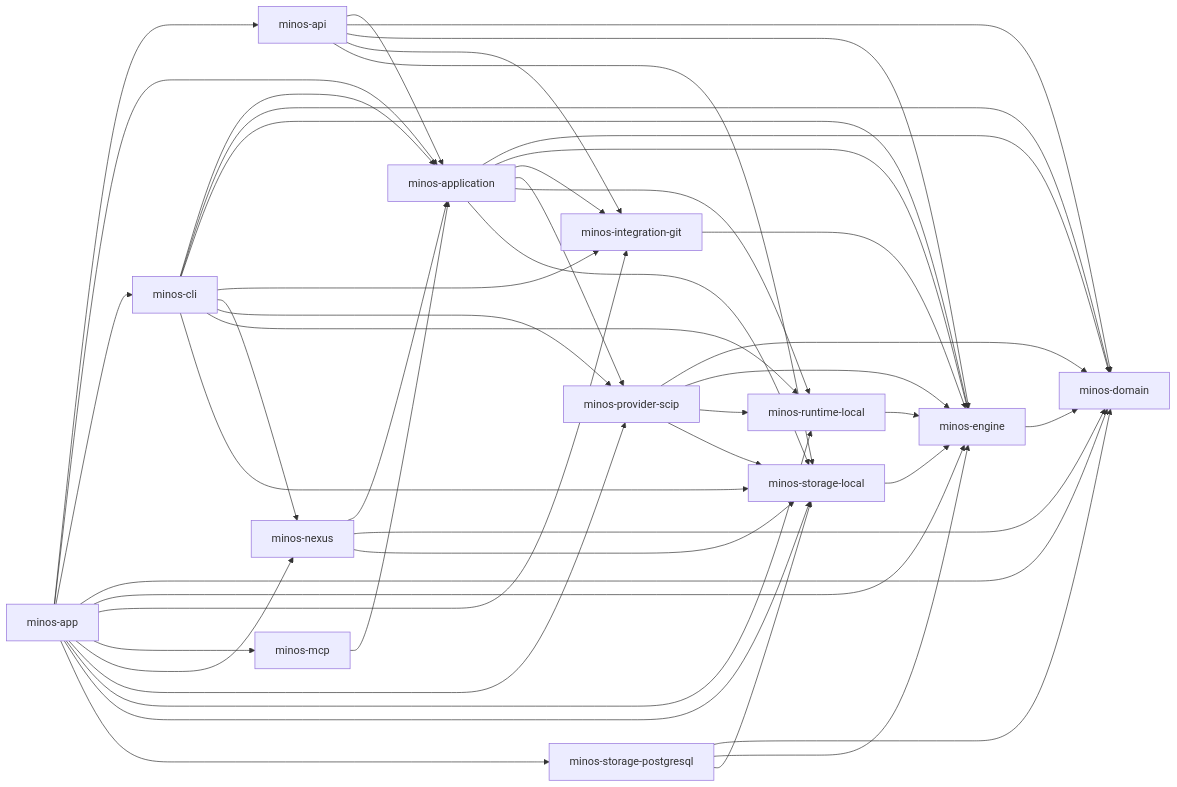
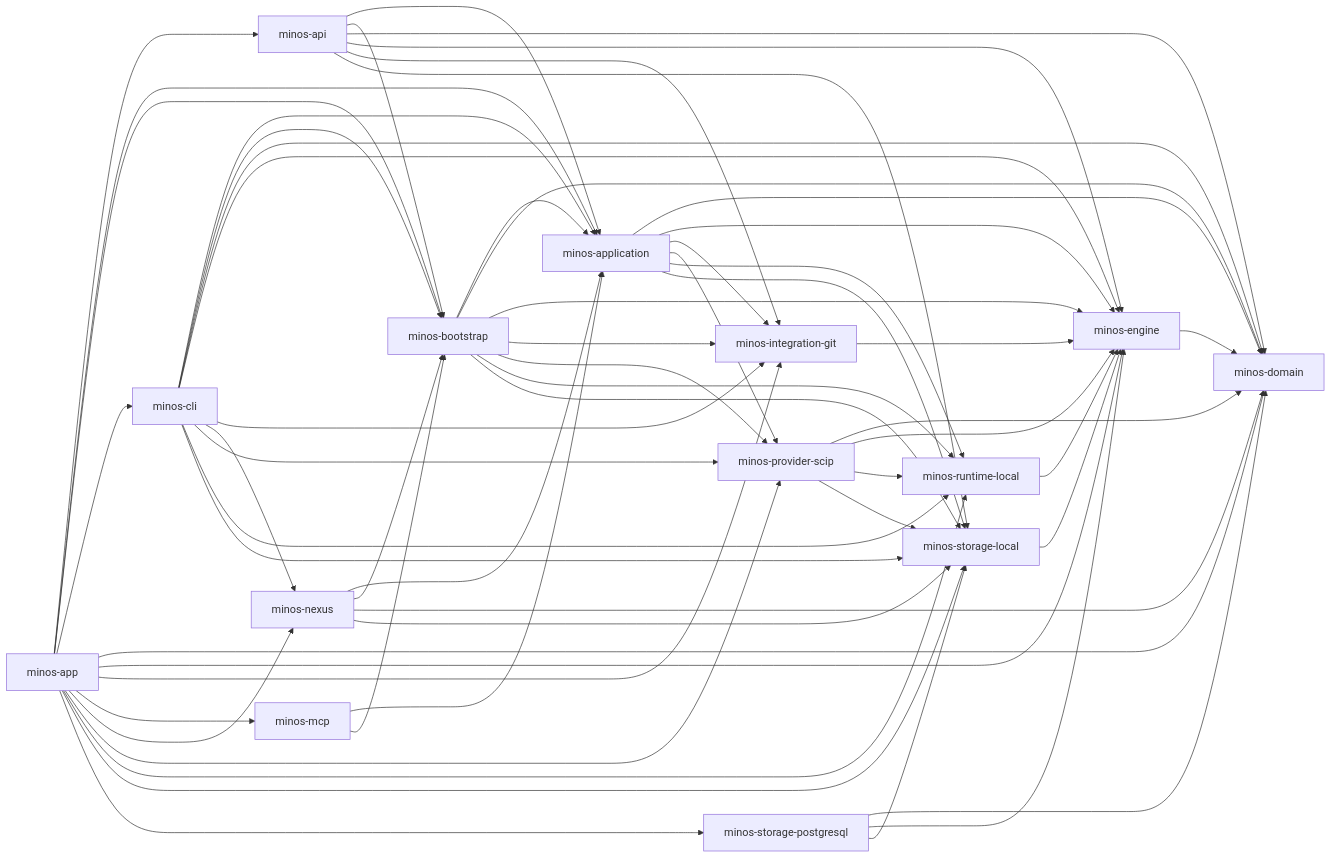
One commit to FTurleque/minos-code-intelligence changed the diagram in docs/architecture/diagrams/module-dependencies.md. Above: the diagram before and after it, drawn with Mermaid. The commit also changed other lines of this file and 28 other files, not shown here.

First line of the commit message:
build(bootstrap): A2 — module minos-bootstrap, racine de composition découverte par ServiceLoader (ADR 0042, option c)

````diff
--- a/docs/architecture/diagrams/module-dependencies.md
+++ b/docs/architecture/diagrams/module-dependencies.md
@@ -8,62 +8,75 @@
 ```mermaid
 flowchart LR
     minos_domain["minos-domain"]
     minos_engine["minos-engine"]
     minos_runtime_local["minos-runtime-local"]
     minos_storage_local["minos-storage-local"]
     minos_storage_postgresql["minos-storage-postgresql"]
     minos_provider_scip["minos-provider-scip"]
     minos_integration_git["minos-integration-git"]
     minos_application["minos-application"]
+    minos_bootstrap["minos-bootstrap"]
     minos_nexus["minos-nexus"]
     minos_cli["minos-cli"]
     minos_api["minos-api"]
     minos_mcp["minos-mcp"]
     minos_app["minos-app"]
     minos_engine --> minos_domain
     minos_runtime_local --> minos_engine
     minos_storage_local --> minos_engine
     minos_storage_postgresql --> minos_domain
     minos_storage_postgresql --> minos_engine
     minos_storage_postgresql --> minos_storage_local
     minos_provider_scip --> minos_domain
     minos_provider_scip --> minos_engine
     minos_provider_scip --> minos_runtime_local
     minos_provider_scip --> minos_storage_local
     minos_integration_git --> minos_engine
     minos_application --> minos_domain
     minos_application --> minos_engine
     minos_application --> minos_integration_git
     minos_application --> minos_provider_scip
     minos_application --> minos_runtime_local
     minos_application --> minos_storage_local
+    minos_bootstrap --> minos_application
+    minos_bootstrap --> minos_domain
+    minos_bootstrap --> minos_engine
+    minos_bootstrap --> minos_integration_git
+    minos_bootstrap --> minos_provider_scip
+    minos_bootstrap --> minos_runtime_local
+    minos_bootstrap --> minos_storage_local
     minos_nexus --> minos_application
+    minos_nexus --> minos_bootstrap
     minos_nexus --> minos_domain
     minos_nexus --> minos_storage_local
     minos_cli --> minos_application
+    minos_cli --> minos_bootstrap
     minos_cli --> minos_domain
     minos_cli --> minos_engine
     minos_cli --> minos_integration_git
     minos_cli --> minos_nexus
     minos_cli --> minos_provider_scip
     minos_cli --> minos_runtime_local
     minos_cli --> minos_storage_local
     minos_api --> minos_application
+    minos_api --> minos_bootstrap
     minos_api --> minos_domain
     minos_api --> minos_engine
     minos_api --> minos_integration_git
     minos_api --> minos_storage_local
     minos_mcp --> minos_application
+    minos_mcp --> minos_bootstrap
     minos_app --> minos_api
     minos_app --> minos_application
+    minos_app --> minos_bootstrap
     minos_app --> minos_cli
     minos_app --> minos_domain
     minos_app --> minos_engine
     minos_app --> minos_integration_git
     minos_app --> minos_mcp
     minos_app --> minos_nexus
     minos_app --> minos_provider_scip
     minos_app --> minos_runtime_local
     minos_app --> minos_storage_local
     minos_app --> minos_storage_postgresql
 ```
````
